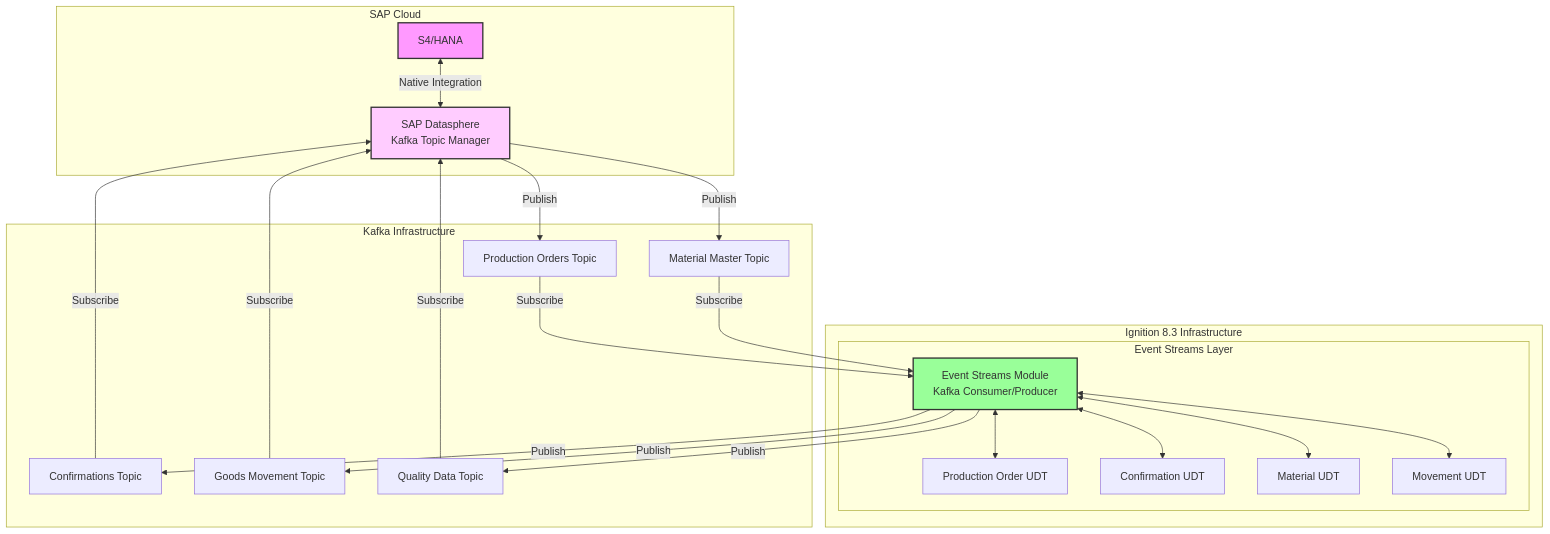
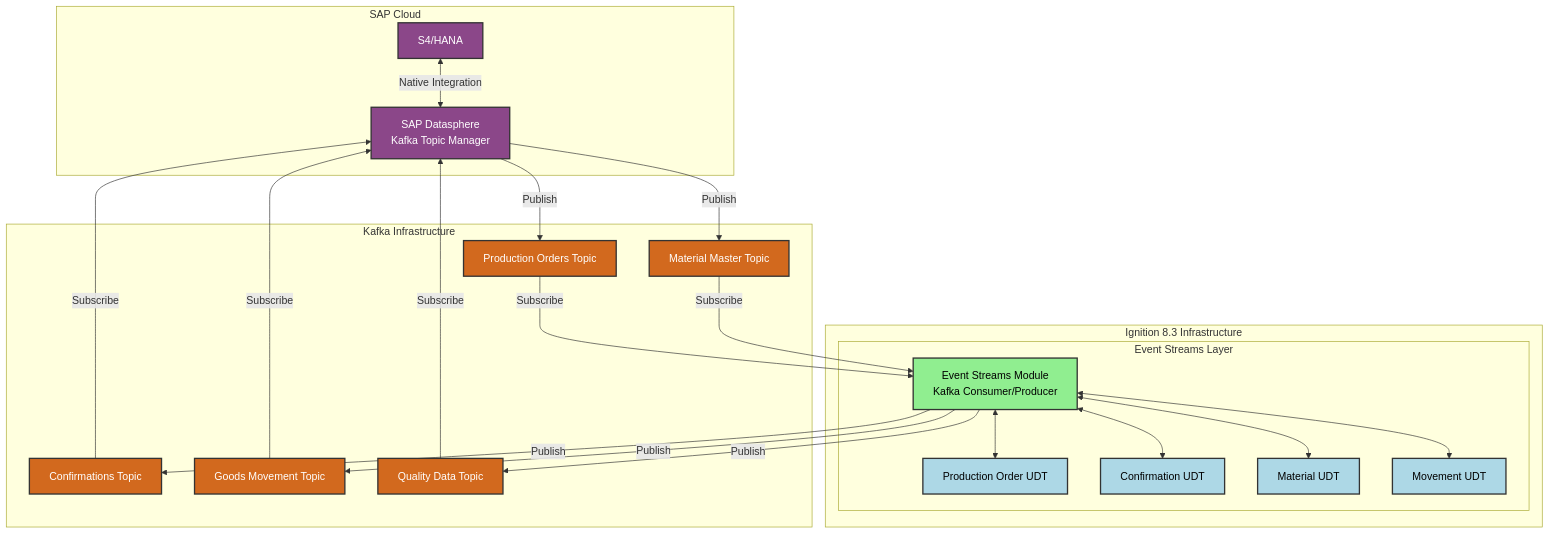
Before and after one commit to grantek-systems-integration/Owens-Corning-Project-Phoenix: the second of 2 diagrams in Proposal/SAP_S4HANA_Integration_Proposal.md, drawn with Mermaid. The commit also changed other lines of this file and 3 other files, not shown here.

````diff
--- a/Proposal/SAP_S4HANA_Integration_Proposal.md
+++ b/Proposal/SAP_S4HANA_Integration_Proposal.md
@@ -237,47 +261,63 @@
 ```mermaid
 graph TB
     subgraph SAP_Cloud["SAP Cloud"]
         S4[S4/HANA]
         DS["SAP Datasphere<br/>Kafka Topic Manager"]
     end
     
     subgraph Kafka_Infra["Kafka Infrastructure"]
         KT1["Production Orders Topic"]
         KT2["Material Master Topic"]
         KT3["Confirmations Topic"]
         KT4["Goods Movement Topic"]
         KT5["Quality Data Topic"]
     end
     
     subgraph Ignition_Infra["Ignition 8.3 Infrastructure"]
         subgraph Event_Streams["Event Streams Layer"]
             ES["Event Streams Module<br/>Kafka Consumer/Producer"]
             UDT1["Production Order UDT"]
             UDT2["Confirmation UDT"]
             UDT3["Material UDT"]
             UDT4["Movement UDT"]
         end
     end
     
     S4 <--> |"Native Integration"| DS
     DS --> |"Publish"| KT1
     DS --> |"Publish"| KT2
     KT3 --> |"Subscribe"| DS
     KT4 --> |"Subscribe"| DS
     KT5 --> |"Subscribe"| DS
     
     KT1 --> |"Subscribe"| ES
     KT2 --> |"Subscribe"| ES
     ES --> |"Publish"| KT3
     ES --> |"Publish"| KT4
     ES --> |"Publish"| KT5
     
     ES <--> UDT1
     ES <--> UDT2
     ES <--> UDT3
     ES <--> UDT4
     
-    style S4 fill:#ff99ff,stroke:#333,stroke-width:2px
-    style DS fill:#ffccff,stroke:#333,stroke-width:2px
-    style ES fill:#99ff99,stroke:#333,stroke-width:2px
+    %%% SAP Cloud - Dark Purple needs white text
+    style S4 fill:#8B4789,stroke:#333,stroke-width:2px,color:#fff
+    style DS fill:#8B4789,stroke:#333,stroke-width:2px,color:#fff
+    
+    %%% Kafka Topics - Dark Orange needs white text
+    style KT1 fill:#D2691E,stroke:#333,stroke-width:2px,color:#fff
+    style KT2 fill:#D2691E,stroke:#333,stroke-width:2px,color:#fff
+    style KT3 fill:#D2691E,stroke:#333,stroke-width:2px,color:#fff
+    style KT4 fill:#D2691E,stroke:#333,stroke-width:2px,color:#fff
+    style KT5 fill:#D2691E,stroke:#333,stroke-width:2px,color:#fff
+    
+    %%% Event Streams - Light Green needs black text
+    style ES fill:#90EE90,stroke:#333,stroke-width:2px,color:#000
+    
+    %%% UDTs - Light Blue needs black text
+    style UDT1 fill:#ADD8E6,stroke:#333,stroke-width:2px,color:#000
+    style UDT2 fill:#ADD8E6,stroke:#333,stroke-width:2px,color:#000
+    style UDT3 fill:#ADD8E6,stroke:#333,stroke-width:2px,color:#000
+    style UDT4 fill:#ADD8E6,stroke:#333,stroke-width:2px,color:#000
 ```
````
